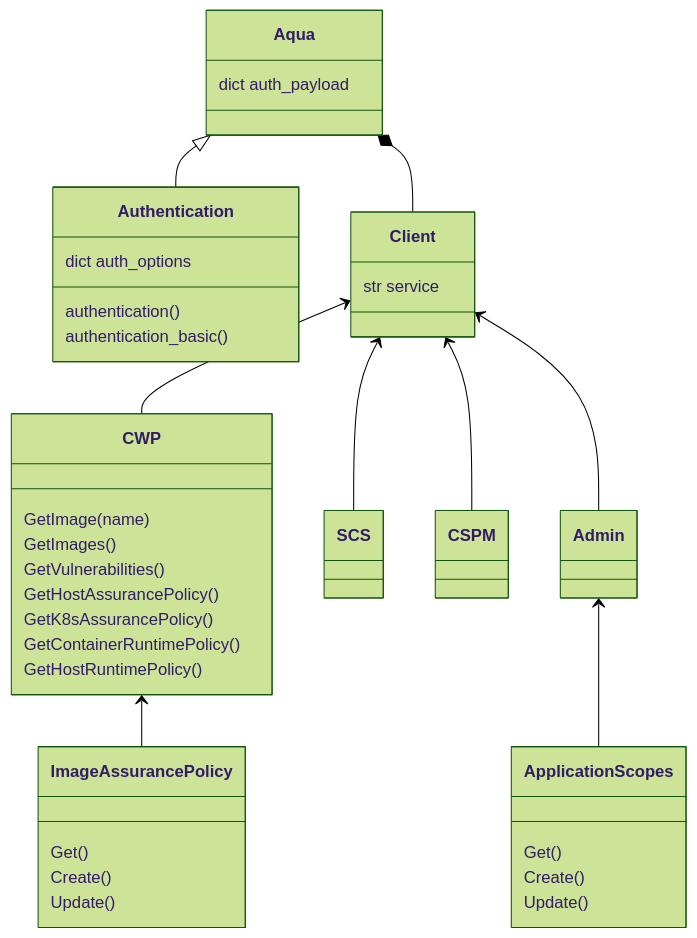
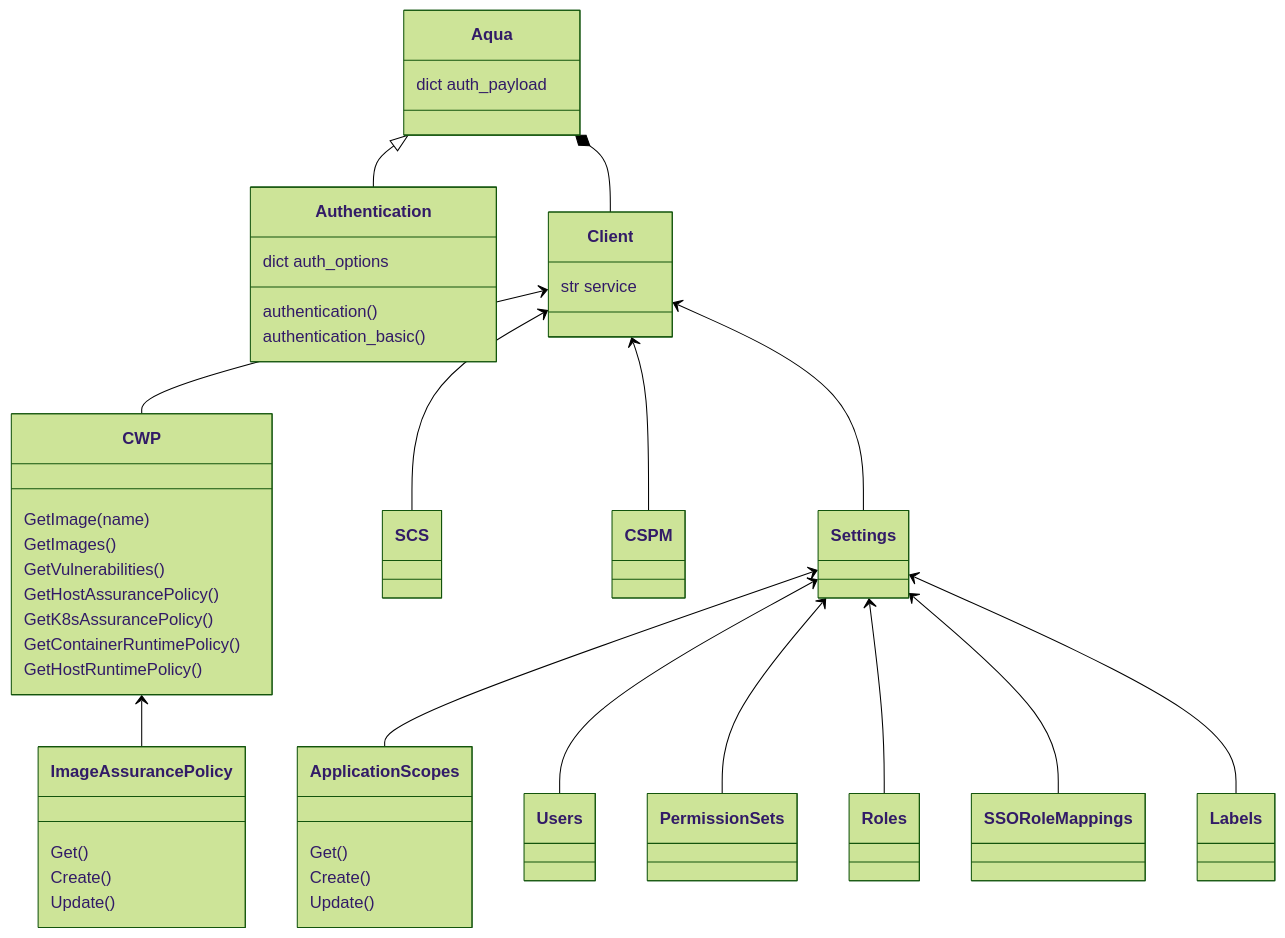
The diagram in README.md (That-Cloud-Group/liquid), drawn with Mermaid (forest theme) before and after one commit.

Commit message:
rename admin because that doesn't make sense

````diff
--- a/README.md
+++ b/README.md
@@ -6,35 +6,40 @@
 ```mermaid
 classDiagram
 Aqua <|-- Authentication
 Aqua: dict auth_payload
 Aqua *-- Client
 
 Authentication : dict auth_options
 Authentication: authentication()
 Authentication: authentication_basic()
 
 Client: str service
 Client <-- CWP
 Client <-- SCS
 Client <-- CSPM
-Client <-- Admin
+Client <-- Settings
 
 CWP <-- ImageAssurancePolicy
 CWP: GetImage(name)
 CWP: GetImages()
 CWP: GetVulnerabilities()
 CWP: GetHostAssurancePolicy()
 CWP: GetK8sAssurancePolicy()
 CWP: GetContainerRuntimePolicy()
 CWP: GetHostRuntimePolicy()
 
-Admin <-- ApplicationScopes
+Settings <-- ApplicationScopes
+Settings <-- Users
+Settings <-- PermissionSets
+Settings <-- Roles
+Settings <-- SSORoleMappings
+Settings <-- Labels
 
 ImageAssurancePolicy: Get()
 ImageAssurancePolicy: Create()
 ImageAssurancePolicy: Update()
 
 ApplicationScopes: Get()
 ApplicationScopes: Create()
 ApplicationScopes: Update()
 ```
````
